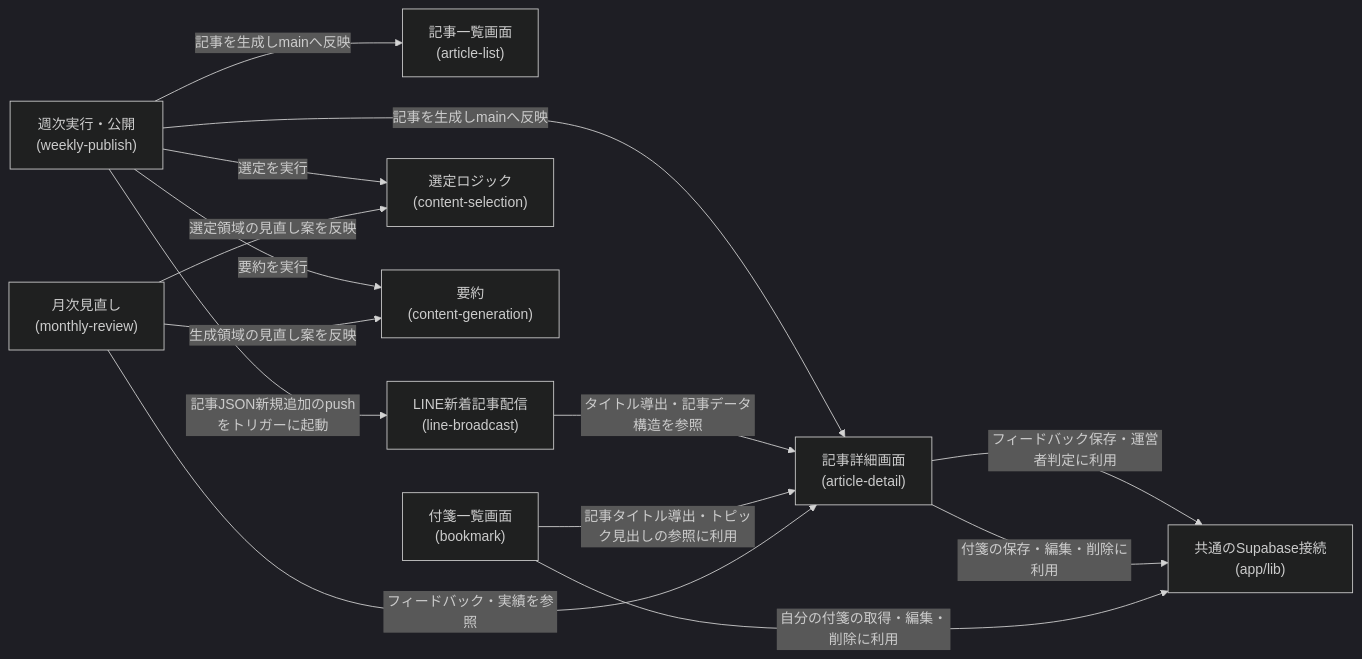
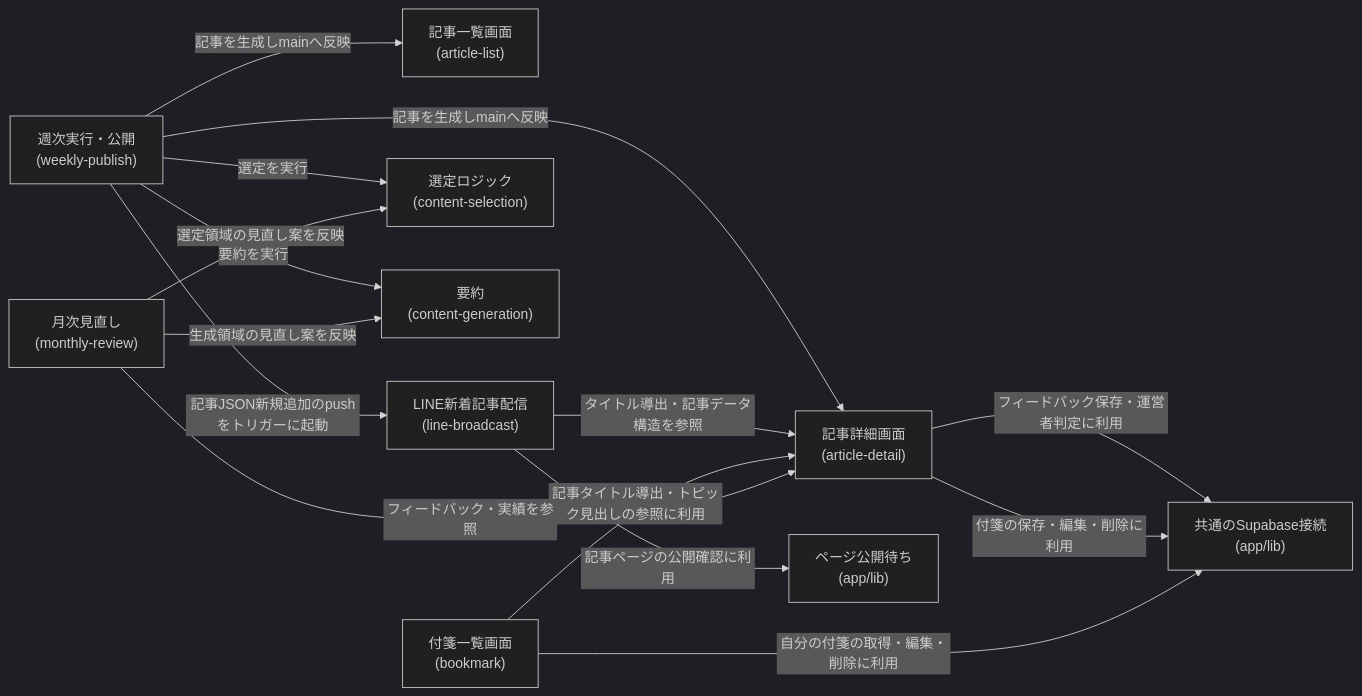
One commit to zakiyama0108/benriyatool changed the fifth of 6 diagrams in specs/news-digest/architecture.md. Above: the diagram before and after it, drawn with Mermaid (dark theme). The commit also changed other lines of this file and 12 other files, not shown here.

````diff
--- a/specs/news-digest/architecture.md
+++ b/specs/news-digest/architecture.md
@@ -134,26 +135,28 @@
 ```mermaid
 flowchart LR
     listScreen["記事一覧画面<br>(article-list)"]
     detailScreen["記事詳細画面<br>(article-detail)"]
     bookmarkScreen["付箋一覧画面<br>(bookmark)"]
     selection["選定ロジック<br>(content-selection)"]
     generation["要約<br>(content-generation)"]
     publish["週次実行・公開<br>(weekly-publish)"]
     broadcast["LINE新着記事配信<br>(line-broadcast)"]
     review["月次見直し<br>(monthly-review)"]
     client["共通のSupabase接続<br>(app/lib)"]
+    pageWait["ページ公開待ち<br>(app/lib)"]
 
     publish -->|選定を実行| selection
     publish -->|要約を実行| generation
     publish -->|記事を生成しmainへ反映| listScreen
     publish -->|記事を生成しmainへ反映| detailScreen
     publish -->|記事JSON新規追加のpushをトリガーに起動| broadcast
     broadcast -->|タイトル導出・記事データ構造を参照| detailScreen
+    broadcast -->|記事ページの公開確認に利用| pageWait
     detailScreen -->|フィードバック保存・運営者判定に利用| client
     detailScreen -->|付箋の保存・編集・削除に利用| client
     bookmarkScreen -->|自分の付箋の取得・編集・削除に利用| client
     bookmarkScreen -->|記事タイトル導出・トピック見出しの参照に利用| detailScreen
     review -->|フィードバック・実績を参照| detailScreen
     review -->|選定領域の見直し案を反映| selection
     review -->|生成領域の見直し案を反映| generation
 ```
````
